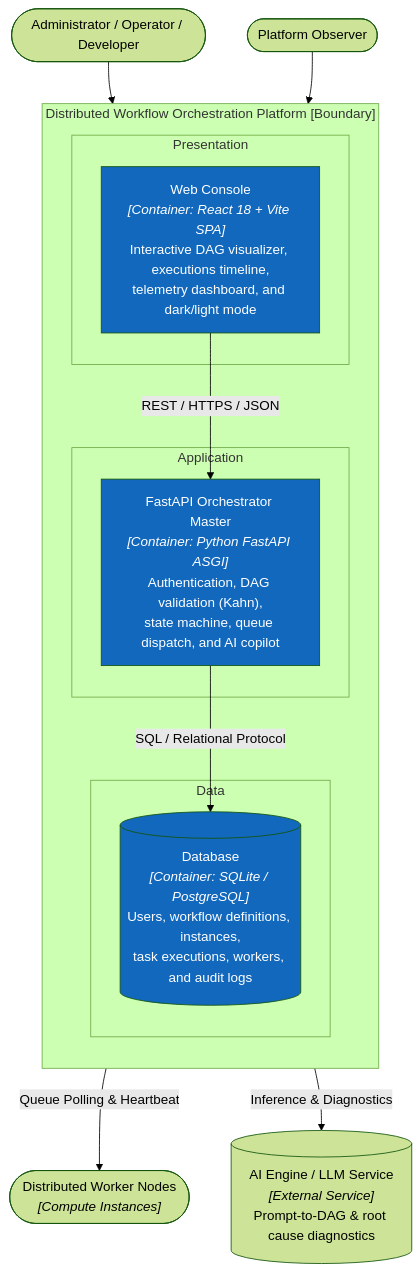
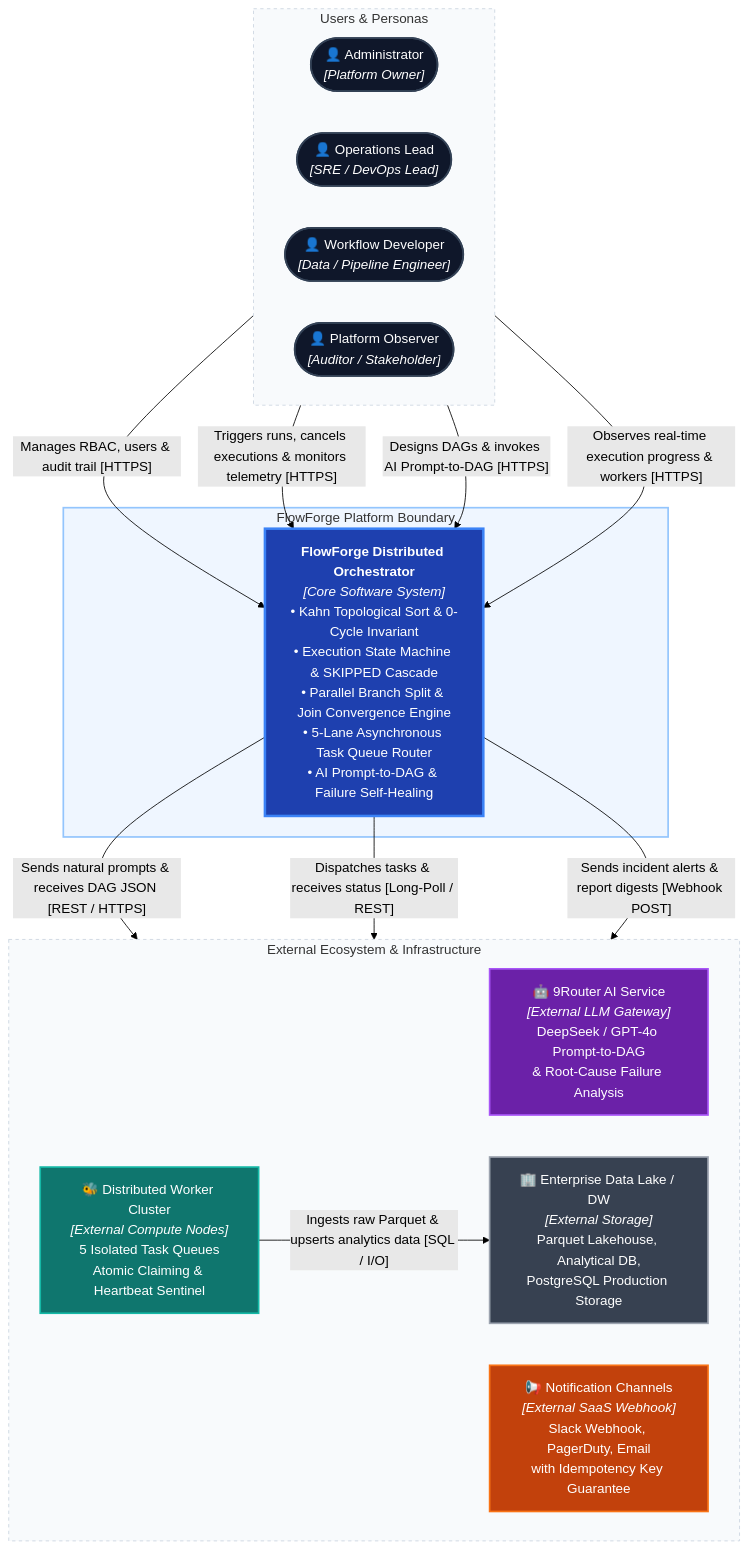
Before and after one commit to AnCoder1310/FlowForge: the second of 11 diagrams in README.md, drawn with Mermaid (forest theme). The commit also changed other lines of this file and 88 other files, not shown here.

````diff
--- a/README.md
+++ b/README.md
@@ -169,32 +169,43 @@
 ```mermaid
 flowchart TB
-    operator(["Administrator / Operator / Developer"])
-    reader(["Platform Observer"])
-    workers(["Distributed Worker Nodes<br/><i>[Compute Instances]</i>"])
-
-    subgraph platform["Distributed Workflow Orchestration Platform [Boundary]"]
-        direction TB
-        subgraph presentation["Presentation"]
-            web["Web Console<br/><i>[Container: React 18 + Vite SPA]</i><br/>Interactive DAG visualizer, executions timeline,<br/>telemetry dashboard, and dark/light mode"]
-        end
-        subgraph application["Application"]
-            backend["FastAPI Orchestrator Master<br/><i>[Container: Python FastAPI ASGI]</i><br/>Authentication, DAG validation (Kahn),<br/>state machine, queue dispatch, and AI copilot"]
-        end
-        subgraph data["Data"]
-            database[("Database<br/><i>[Container: SQLite / PostgreSQL]</i><br/>Users, workflow definitions, instances,<br/>task executions, workers, and audit logs")]
-        end
+    subgraph actors["Users & Personas"]
+        direction LR
+        admin(["👤 Administrator<br/><i>[Platform Owner]</i>"]):::actor
+        operator(["👤 Operations Lead<br/><i>[SRE / DevOps Lead]</i>"]):::actor
+        dev(["👤 Workflow Developer<br/><i>[Data / Pipeline Engineer]</i>"]):::actor
+        viewer(["👤 Platform Observer<br/><i>[Auditor / Stakeholder]</i>"]):::actor
     end
 
-    llm[("AI Engine / LLM Service<br/><i>[External Service]</i><br/>Prompt-to-DAG & root cause diagnostics")]
+    subgraph platformBoundary["FlowForge Platform Boundary"]
+        flowforge["<b>FlowForge Distributed Orchestrator</b><br/><i>[Core Software System]</i><br/>• Kahn Topological Sort & 0-Cycle Invariant<br/>• Execution State Machine & SKIPPED Cascade<br/>• Parallel Branch Split & Join Convergence Engine<br/>• 5-Lane Asynchronous Task Queue Router<br/>• AI Prompt-to-DAG & Failure Self-Healing"]:::platform
+    end
 
-    operator --> web
-    reader --> web
-    web -- "REST / HTTPS / JSON" --> backend
-    backend -- "Queue Polling & Heartbeat" --> workers
-    backend -- "Inference & Diagnostics" --> llm
-    backend -- "SQL / Relational Protocol" --> database
+    subgraph externals["External Ecosystem & Infrastructure"]
+        direction LR
+        aiGateway["🤖 9Router AI Service<br/><i>[External LLM Gateway]</i><br/>DeepSeek / GPT-4o Prompt-to-DAG<br/>& Root-Cause Failure Analysis"]:::aiExternal
+        workerNodes["🐝 Distributed Worker Cluster<br/><i>[External Compute Nodes]</i><br/>5 Isolated Task Queues<br/>Atomic Claiming & Heartbeat Sentinel"]:::workerExternal
+        slackNotify["📢 Notification Channels<br/><i>[External SaaS Webhook]</i><br/>Slack Webhook, PagerDuty, Email<br/>with Idempotency Key Guarantee"]:::notifyExternal
+        dataStorage["🏢 Enterprise Data Lake / DW<br/><i>[External Storage]</i><br/>Parquet Lakehouse, Analytical DB,<br/>PostgreSQL Production Storage"]:::storageExternal
+    end
 
-    style web fill:#1168bd,color:#fff
-    style backend fill:#1168bd,color:#fff
-    style database fill:#1168bd,color:#fff
+    admin -- "Manages RBAC, users & audit trail [HTTPS]" --> flowforge
+    operator -- "Triggers runs, cancels executions & monitors telemetry [HTTPS]" --> flowforge
+    dev -- "Designs DAGs & invokes AI Prompt-to-DAG [HTTPS]" --> flowforge
+    viewer -- "Observes real-time execution progress & workers [HTTPS]" --> flowforge
+
+    flowforge -- "Sends natural prompts & receives DAG JSON [REST / HTTPS]" --> aiGateway
+    flowforge -- "Dispatches tasks & receives status [Long-Poll / REST]" --> workerNodes
+    flowforge -- "Sends incident alerts & report digests [Webhook POST]" --> slackNotify
+    workerNodes -- "Ingests raw Parquet & upserts analytics data [SQL / I/O]" --> dataStorage
+
+    classDef actor fill:#0f172a,color:#fff,stroke:#334155,stroke-width:2px;
+    classDef platform fill:#1e40af,color:#fff,stroke:#3b82f6,stroke-width:3px;
+    classDef aiExternal fill:#6b21a8,color:#fff,stroke:#a855f7,stroke-width:2px;
+    classDef workerExternal fill:#0f766e,color:#fff,stroke:#14b8a6,stroke-width:2px;
+    classDef notifyExternal fill:#c2410c,color:#fff,stroke:#f97316,stroke-width:2px;
+    classDef storageExternal fill:#374151,color:#fff,stroke:#9ca3af,stroke-width:2px;
+
+    style actors fill:#f8fafc,stroke:#cbd5e1,stroke-dasharray:4 4
+    style platformBoundary fill:#eff6ff,stroke:#93c5fd,stroke-width:2px
+    style externals fill:#f8fafc,stroke:#cbd5e1,stroke-dasharray:4 4
 ```
````
